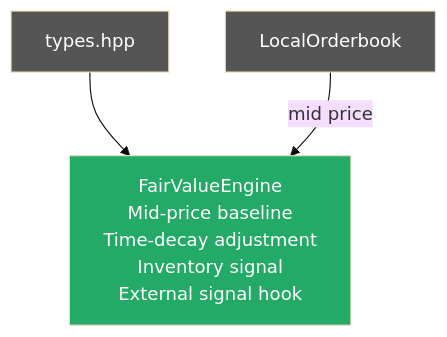
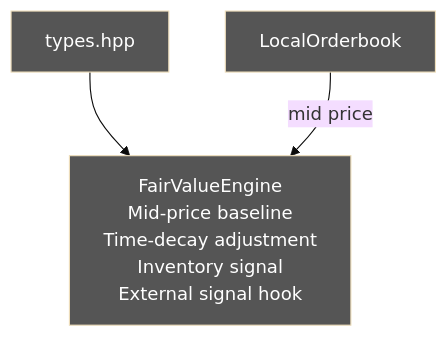
One commit to jfreun123/kalshi-market-maker changed the tenth of 12 diagrams in PLAN.md. Above: the diagram before and after it, drawn with Mermaid (base theme). The commit also changed other lines of this file, not shown here.

````diff
--- a/PLAN.md
+++ b/PLAN.md
@@ -473,13 +473,13 @@
 ```mermaid
 graph TD
     T["types.hpp"]
     OB["LocalOrderbook"]
     FV["FairValueEngine\nMid-price baseline\nTime-decay adjustment\nInventory signal\nExternal signal hook"]
 
     T --> FV
     OB -->|mid price| FV
 
     style T fill:#555,color:#fff
     style OB fill:#555,color:#fff
-    style FV fill:#2a6,color:#fff
+    style FV fill:#555,color:#fff
 ```
````
